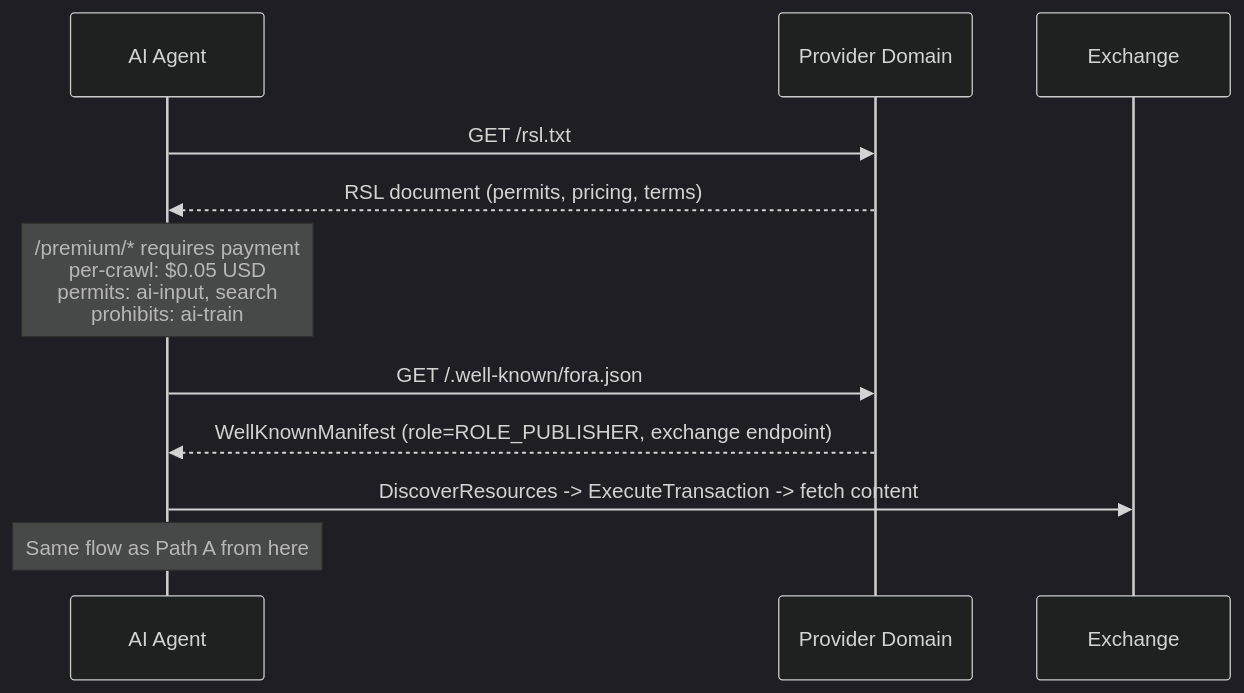
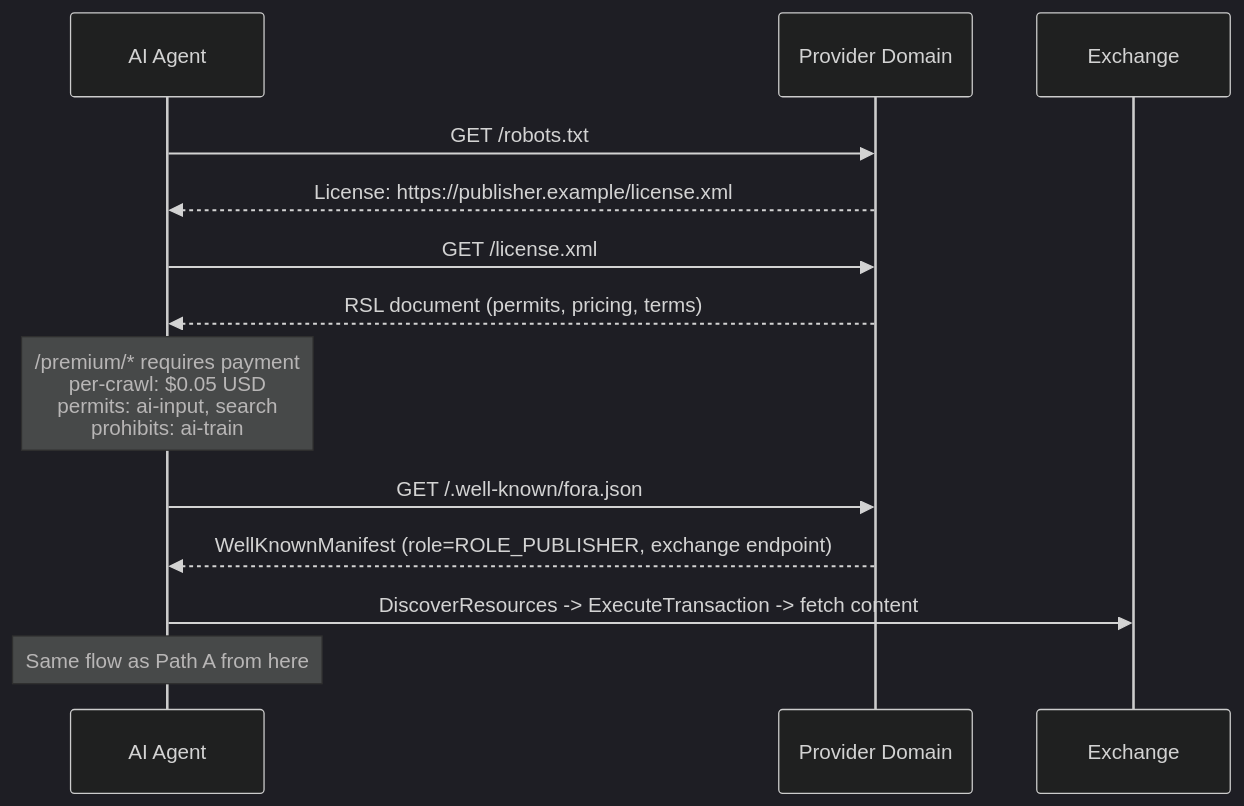
The fourth of 6 diagrams in website/src/content/docs/protocol/discovery-paths.mdx (FORA-Protocol/protocol), drawn with Mermaid (dark theme) before and after one commit. The commit also changed other lines of this file, not shown here.

Commit message:
Show Path D finding the RSL license through robots.txt, as RSL 1.0 defines

````diff
--- a/website/src/content/docs/protocol/discovery-paths.mdx
+++ b/website/src/content/docs/protocol/discovery-paths.mdx
@@ -206,18 +208,20 @@
 ```mermaid
 sequenceDiagram
     participant Agent as AI Agent
     participant PUB as Provider Domain
     participant MP as Exchange
 
-    Agent->>PUB: GET /rsl.txt
+    Agent->>PUB: GET /robots.txt
+    PUB-->>Agent: License: https://publisher.example/license.xml
+    Agent->>PUB: GET /license.xml
     PUB-->>Agent: RSL document (permits, pricing, terms)
 
     Note over Agent: /premium/* requires payment<br/>per-crawl: $0.05 USD<br/>permits: ai-input, search<br/>prohibits: ai-train
 
     Agent->>PUB: GET /.well-known/fora.json
     PUB-->>Agent: WellKnownManifest (role=ROLE_PUBLISHER, exchange endpoint)
 
     Agent->>MP: DiscoverResources -> ExecuteTransaction -> fetch content
 
     Note over Agent: Same flow as Path A from here
 ```
````
